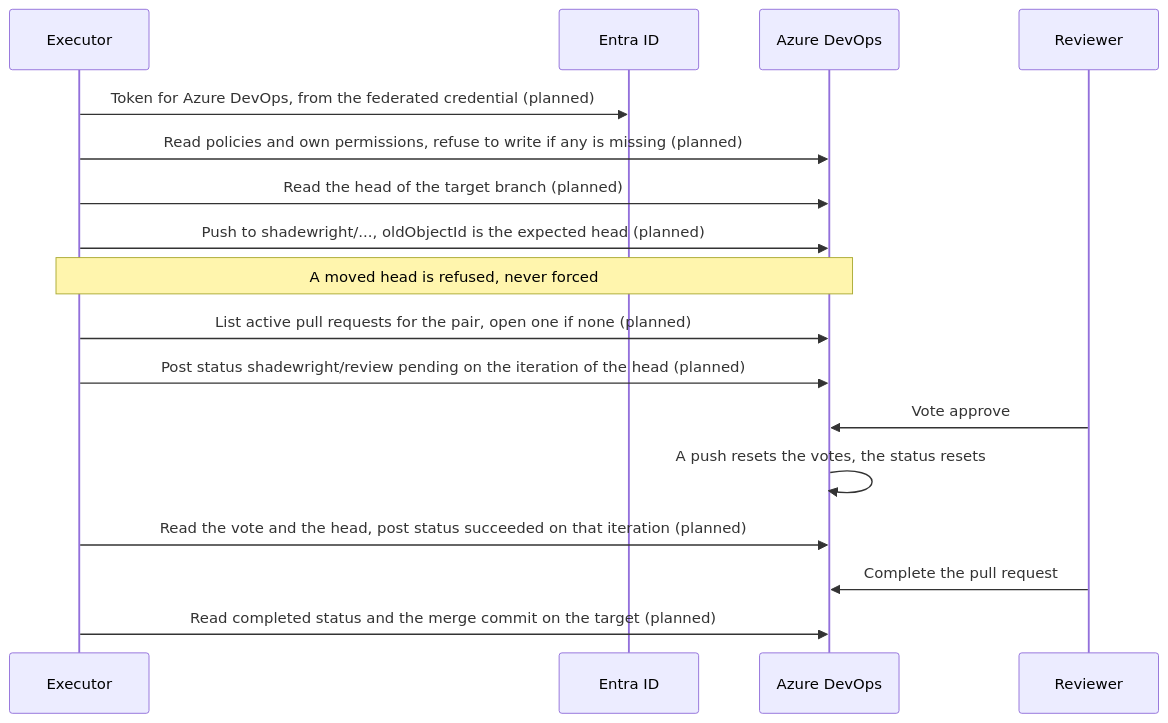
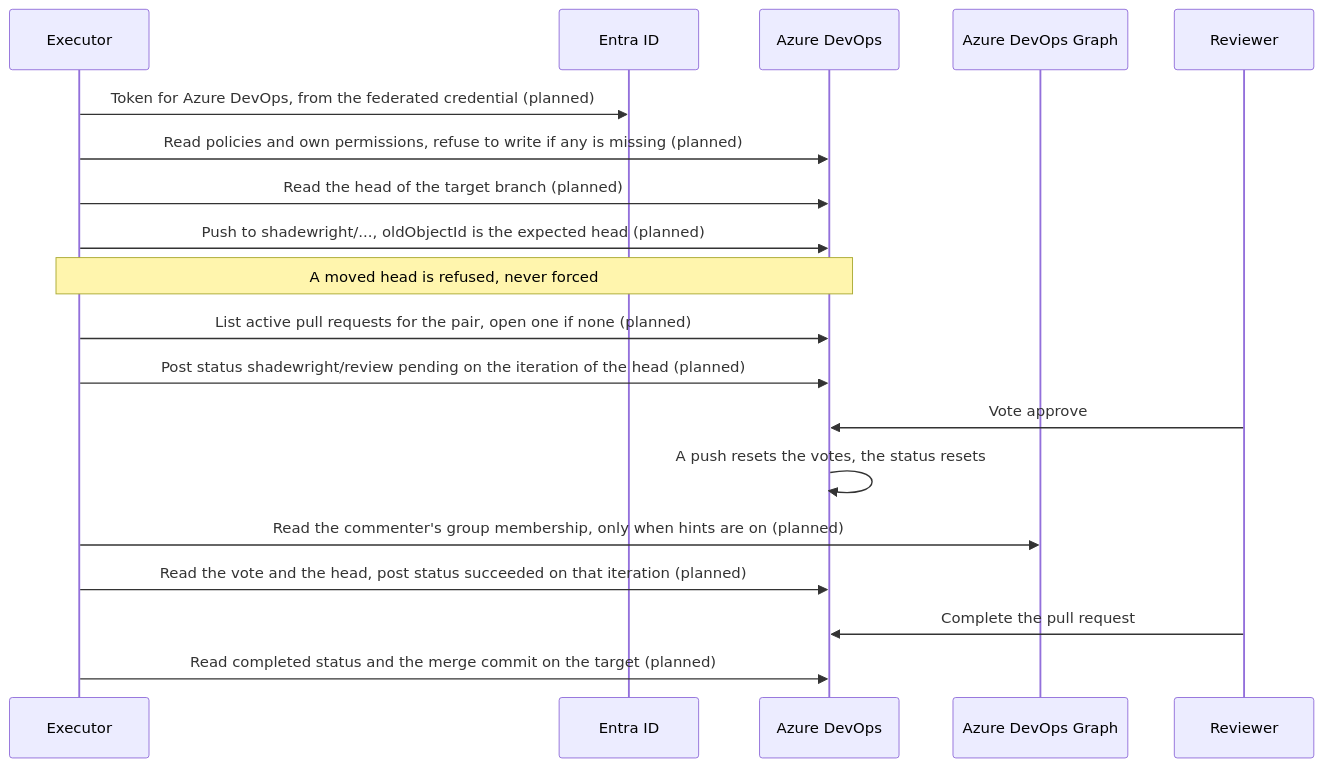
One commit to pkalin/shadewright changed the diagram in docs/adr/0032-azure-devops-as-a-second-git-provider.md. Above: the diagram before and after it, drawn with Mermaid. The commit also changed other lines of this file and 1 other file, not shown here.

First line of the commit message:
docs: settle the membership read and the tenant question of ADR-0032

````diff
--- a/docs/adr/0032-azure-devops-as-a-second-git-provider.md
+++ b/docs/adr/0032-azure-devops-as-a-second-git-provider.md
@@ -135,19 +135,21 @@
 ```mermaid
 sequenceDiagram
     participant E as Executor
     participant I as Entra ID
     participant A as Azure DevOps
+    participant G as Azure DevOps Graph
     participant H as Reviewer
     E->>I: Token for Azure DevOps, from the federated credential (planned)
     E->>A: Read policies and own permissions, refuse to write if any is missing (planned)
     E->>A: Read the head of the target branch (planned)
     E->>A: Push to shadewright/..., oldObjectId is the expected head (planned)
     Note over E,A: A moved head is refused, never forced
     E->>A: List active pull requests for the pair, open one if none (planned)
     E->>A: Post status shadewright/review pending on the iteration of the head (planned)
     H->>A: Vote approve
     A->>A: A push resets the votes, the status resets
+    E->>G: Read the commenter's group membership, only when hints are on (planned)
     E->>A: Read the vote and the head, post status succeeded on that iteration (planned)
     H->>A: Complete the pull request
     E->>A: Read completed status and the merge commit on the target (planned)
 ```
````
